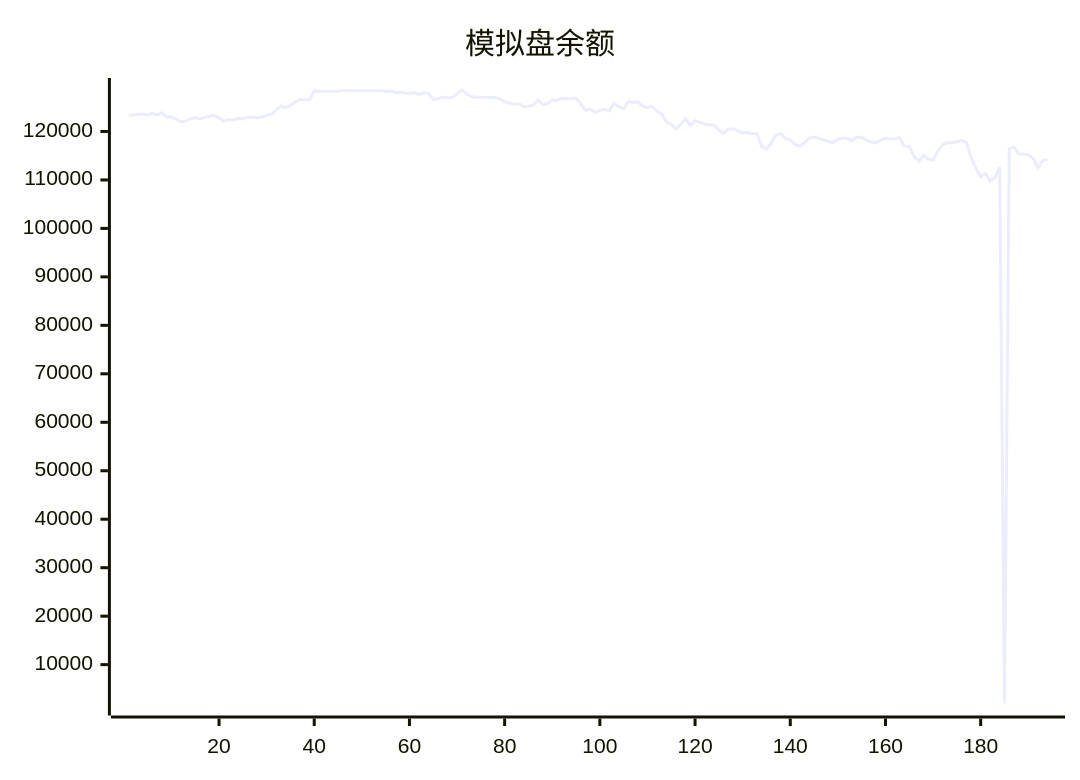
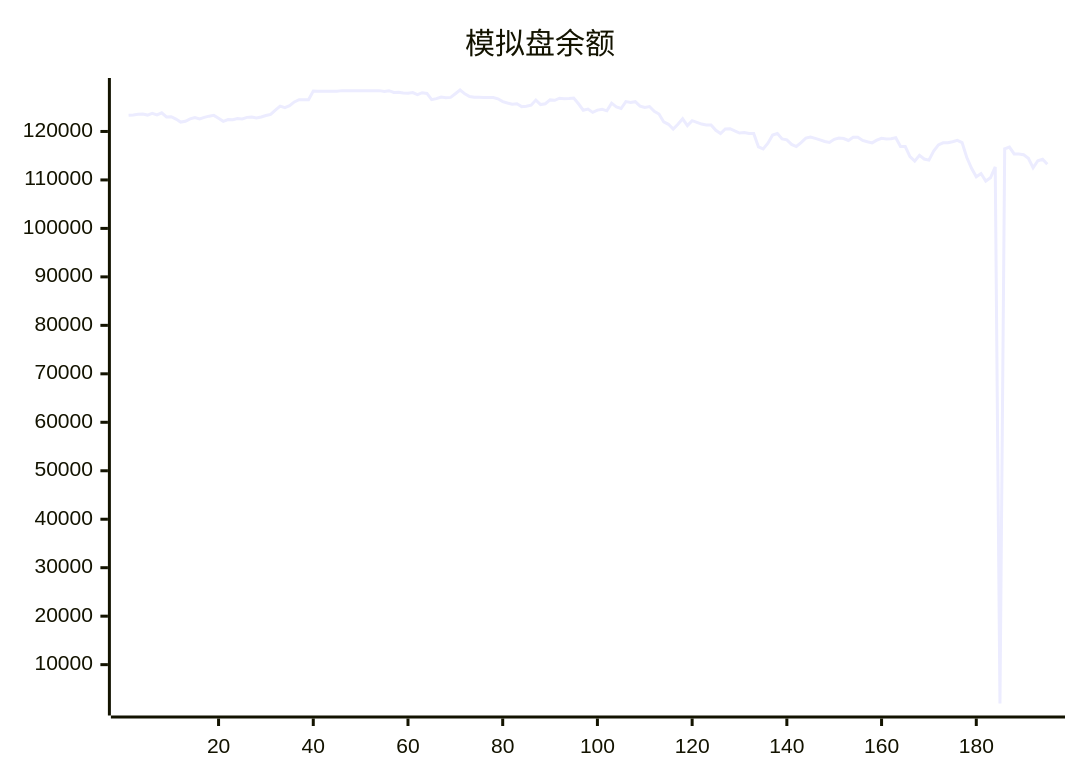
The diagram in README.md (aahl/ai-trading), drawn with Mermaid before and after one commit. The commit also changed other lines of this file and 1 other file, not shown here.

````diff
--- a/README.md
+++ b/README.md
@@ -5,5 +5,5 @@
 ```mermaid
 xychart
     title "模拟盘余额"
-    line [123338,123402,123530,123592,123378,123745,123413,123853,123009,123040,122557,121938,122095,122599,122856,122597,122898,123160,123319,122719,122087,122454,122416,122685,122592,122907,122961,122776,122981,123295,123507,124403,125224,124894,125303,126088,126544,126534,126549,128335,128318,128318,128318,128318,128318,128424,128424,128424,128424,128424,128424,128424,128424,128424,128247,128412,128062,128087,127917,127901,128026,127611,128000,127850,126572,126770,127100,126971,127029,127783,128554,127765,127224,127064,127044,127009,127025,127004,126738,126152,125871,125635,125707,125117,125217,125420,126480,125545,125715,126511,126424,126856,126764,126788,126890,125710,124381,124632,123936,124402,124574,124256,125833,125070,124739,126154,125966,126145,125213,124943,125143,124157,123604,121959,121476,120476,121470,122610,121201,122221,121889,121522,121332,121344,120232,119559,120513,120577,120108,119680,119777,119572,119568,116839,116392,117573,119250,119585,118469,118277,117338,116897,117706,118628,118849,118579,118280,117926,117735,118373,118639,118544,118136,118798,118819,118162,117874,117649,118215,118601,118463,118517,118713,116911,116899,114798,113887,115084,114313,114091,115934,117221,117658,117658,117883,118164,117693,114632,112403,110644,111313,109777,110444,112673,1984,116419,116772,115355,115355,115198,114476,112510,113954,114276]
+    line [123338,123402,123530,123592,123378,123745,123413,123853,123009,123040,122557,121938,122095,122599,122856,122597,122898,123160,123319,122719,122087,122454,122416,122685,122592,122907,122961,122776,122981,123295,123507,124403,125224,124894,125303,126088,126544,126534,126549,128335,128318,128318,128318,128318,128318,128424,128424,128424,128424,128424,128424,128424,128424,128424,128247,128412,128062,128087,127917,127901,128026,127611,128000,127850,126572,126770,127100,126971,127029,127783,128554,127765,127224,127064,127044,127009,127025,127004,126738,126152,125871,125635,125707,125117,125217,125420,126480,125545,125715,126511,126424,126856,126764,126788,126890,125710,124381,124632,123936,124402,124574,124256,125833,125070,124739,126154,125966,126145,125213,124943,125143,124157,123604,121959,121476,120476,121470,122610,121201,122221,121889,121522,121332,121344,120232,119559,120513,120577,120108,119680,119777,119572,119568,116839,116392,117573,119250,119585,118469,118277,117338,116897,117706,118628,118849,118579,118280,117926,117735,118373,118639,118544,118136,118798,118819,118162,117874,117649,118215,118601,118463,118517,118713,116911,116899,114798,113887,115084,114313,114091,115934,117221,117658,117658,117883,118164,117693,114632,112403,110644,111313,109777,110444,112673,1984,116419,116772,115355,115355,115198,114476,112510,113954,114276,113223]
 ```
````
